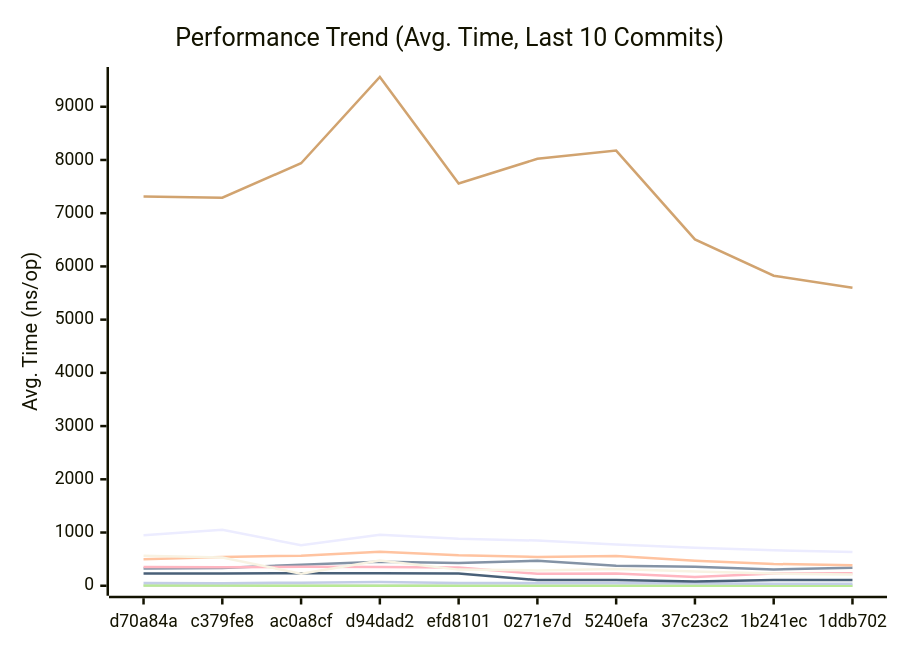
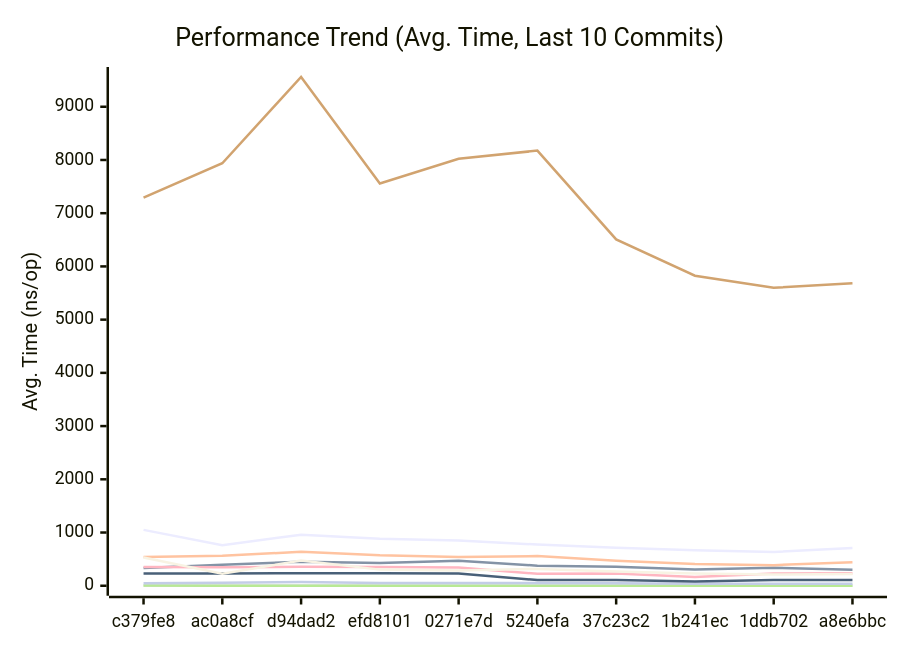
The first of 3 diagrams in docs/PERFORMANCE.md (alsotoes/momo), drawn with Mermaid before and after one commit. The commit also changed other lines of this file and 3 other files, not shown here.

````diff
--- a/docs/PERFORMANCE.md
+++ b/docs/PERFORMANCE.md
@@ -128,18 +128,18 @@
 ```mermaid
 xychart-beta
     title "Performance Trend (Avg. Time, Last 10 Commits)"
     x-axis "Commit"
     y-axis "Avg. Time (ns/op)"
-    x-axis [d70a84a,c379fe8,ac0a8cf,d94dad2,efd8101,0271e7d,5240efa,37c23c2,1b241ec,1ddb702]
-    line "CheckMetricsAndSwap" [10,9,8,11,12,11,8,7,7,7]
-    line "CrushOptimized" [323,332,396,452,428,468,378,356,305,338]
-    line "CrushOriginal" [499,539,566,637,571,542,558,469,409,387]
-    line "IndexDirectTracking" [0,0,0,0,1,1,0,0,0,0]
-    line "IndexSearch" [4,3,2,2,2,2,2,2,2,1]
-    line "LoadGlobalConfig" [7314,7292,7939,9559,7558,8021,8176,6507,5825,5598]
-    line "PadString" [51,49,57,70,53,52,53,47,39,36]
+    x-axis [c379fe8,ac0a8cf,d94dad2,efd8101,0271e7d,5240efa,37c23c2,1b241ec,1ddb702,a8e6bbc]
+    line "CheckMetricsAndSwap" [9,8,11,12,11,8,7,7,7,9]
+    line "CrushOptimized" [332,396,452,428,468,378,356,305,338,300]
+    line "CrushOriginal" [539,566,637,571,542,558,469,409,387,443]
+    line "IndexDirectTracking" [0,0,0,1,1,0,0,0,0,0]
+    line "IndexSearch" [3,2,2,2,2,2,2,2,1,2]
+    line "LoadGlobalConfig" [7292,7939,9559,7558,8021,8176,6507,5825,5598,5683]
+    line "PadString" [49,57,70,53,52,53,47,39,36,39]
     line "ParseReplicationOrder_NoPrealloc" [350,349,357,354,345,225,229,165,232,234]
     line "ParseReplicationOrder_Prealloc" [229,231,237,234,229,108,107,80,110,109]
-    line "SanitizeLog/Safe" [566,529,226,474,303,288,316,266,229,212]
-    line "SanitizeLog/Unsafe" [951,1050,761,960,883,849,775,714,667,636]
+    line "SanitizeLog/Safe" [529,226,474,303,288,316,266,229,212,222]
+    line "SanitizeLog/Unsafe" [1050,761,960,883,849,775,714,667,636,710]
 ```
````
